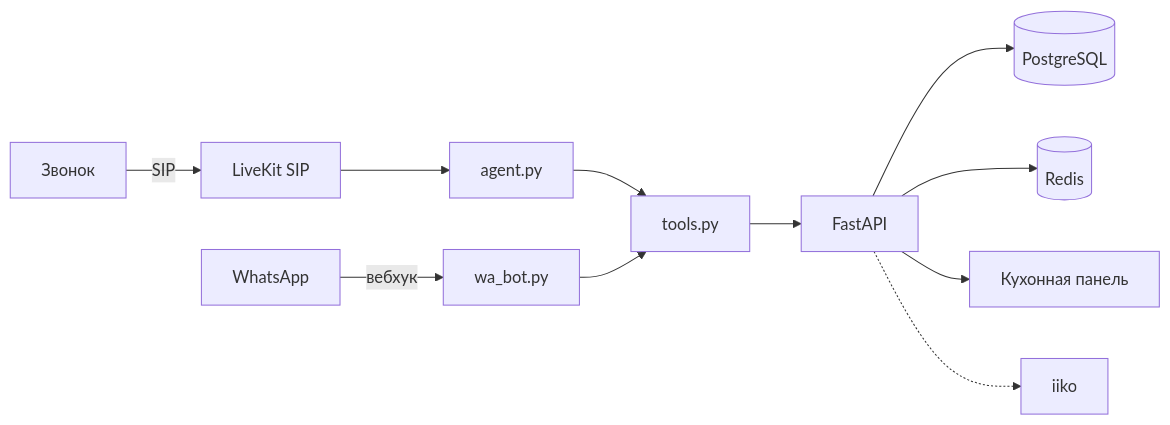
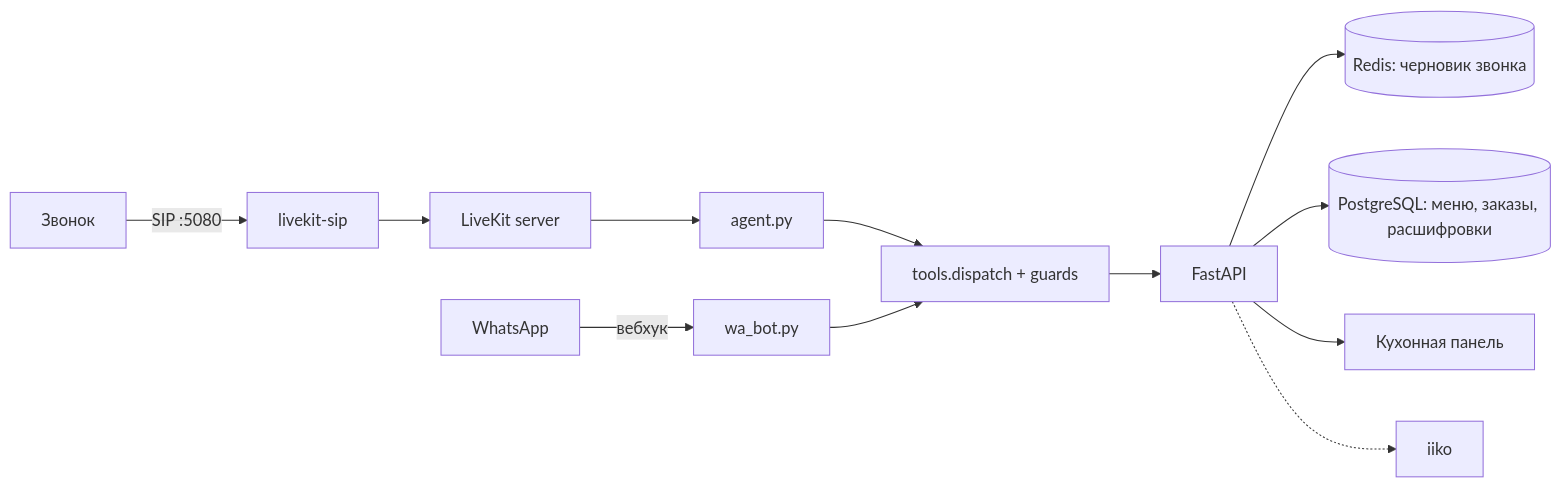
One commit to nurzhan2/voice-ordering-agent changed the diagram in README.ru.md. Above: the diagram before and after it, drawn with Mermaid. The commit also changed other lines of this file and 2 other files, not shown here.

````diff
--- a/README.ru.md
+++ b/README.ru.md
@@ -39,13 +44,14 @@
 ```mermaid
 flowchart LR
-    P[Звонок] -->|SIP| S[LiveKit SIP]
-    S --> A[agent.py]
+    P[Звонок] -->|SIP :5080| S[livekit-sip]
+    S --> L[LiveKit server]
+    L --> A[agent.py]
     W[WhatsApp] -->|вебхук| B[wa_bot.py]
-    A --> T[tools.py]
+    A --> T[tools.dispatch + guards]
     B --> T
     T --> F[FastAPI]
-    F --> DB[(PostgreSQL)]
-    F --> R[(Redis)]
+    F --> R[(Redis: черновик звонка)]
+    F --> DB[(PostgreSQL: меню, заказы, расшифровки)]
     F --> K[Кухонная панель]
     F -.-> I[iiko]
 ```
````
